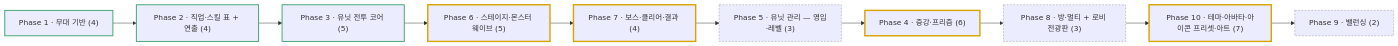
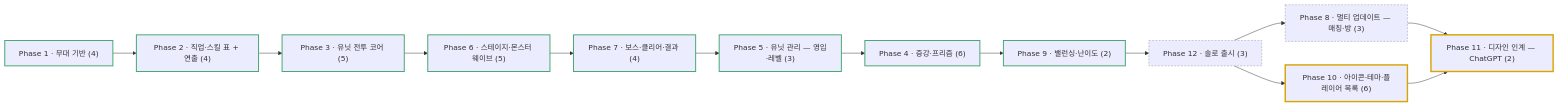
Before and after one commit to HaSungJe/msw: the diagram in .beaver/output/roadmap/maple-augment-defense-roadmap.md, drawn with Mermaid. The commit also changed other lines of this file and 4 other files, not shown here.

````diff
--- a/.beaver/output/roadmap/maple-augment-defense-roadmap.md
+++ b/.beaver/output/roadmap/maple-augment-defense-roadmap.md
@@ -22,15 +21,18 @@
 ```mermaid
 flowchart LR
   P1["Phase 1 · 무대 기반 (4)"]:::done --> P2["Phase 2 · 직업·스킬 표 + 연출 (4)"]:::done
   P2 --> P3["Phase 3 · 유닛 전투 코어 (5)"]:::done
-  P3 --> P6["Phase 6 · 스테이지·몬스터 웨이브 (5)"]:::inprogress
-  P6 --> P7["Phase 7 · 보스·클리어·결과 (4)"]:::inprogress
-  P7 --> P5["Phase 5 · 유닛 관리 — 영입·레벨 (3)"]:::todo
-  P5 --> P4["Phase 4 · 증강·프리즘 (6)"]:::inprogress
-  P4 --> P8["Phase 8 · 방·멀티 + 로비 전광판 (3)"]:::todo
-  P8 --> P10["Phase 10 · 테마·아바타·아이콘 프리셋·아트 (7)"]:::inprogress
-  P10 --> P9["Phase 9 · 밸런싱 (2)"]:::todo
+  P3 --> P6["Phase 6 · 스테이지·몬스터 웨이브 (5)"]:::done
+  P6 --> P7["Phase 7 · 보스·클리어·결과 (4)"]:::done
+  P7 --> P5["Phase 5 · 유닛 관리 — 영입·레벨 (3)"]:::done
+  P5 --> P4["Phase 4 · 증강·프리즘 (6)"]:::done
+  P4 --> P9["Phase 9 · 밸런싱·난이도 (2)"]:::done
+  P9 --> P12["Phase 12 · 솔로 출시 (3)"]:::todo
+  P12 --> P8["Phase 8 · 멀티 업데이트 — 매칭·방 (3)"]:::todo
+  P12 --> P10["Phase 10 · 아이콘·테마·플레이어 목록 (6)"]:::inprogress
+  P8 --> P11["Phase 11 · 디자인 인계 — ChatGPT (2)"]:::inprogress
+  P10 --> P11
   classDef done stroke:#3fa46f,stroke-width:2px
   classDef inprogress stroke:#d9a300,stroke-width:3px
   classDef todo stroke:#8a949c,stroke-width:1px,stroke-dasharray:4 3
 ```
````
